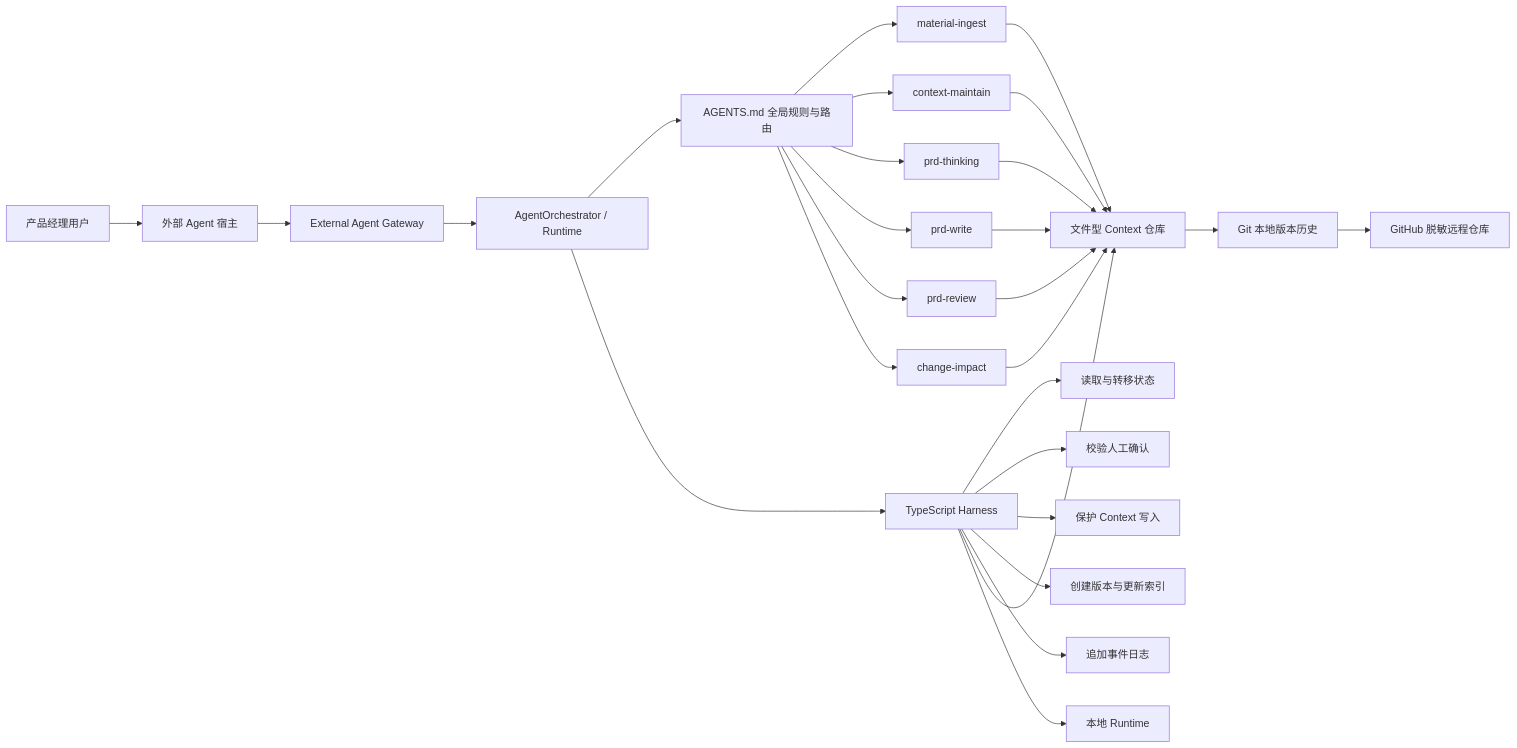
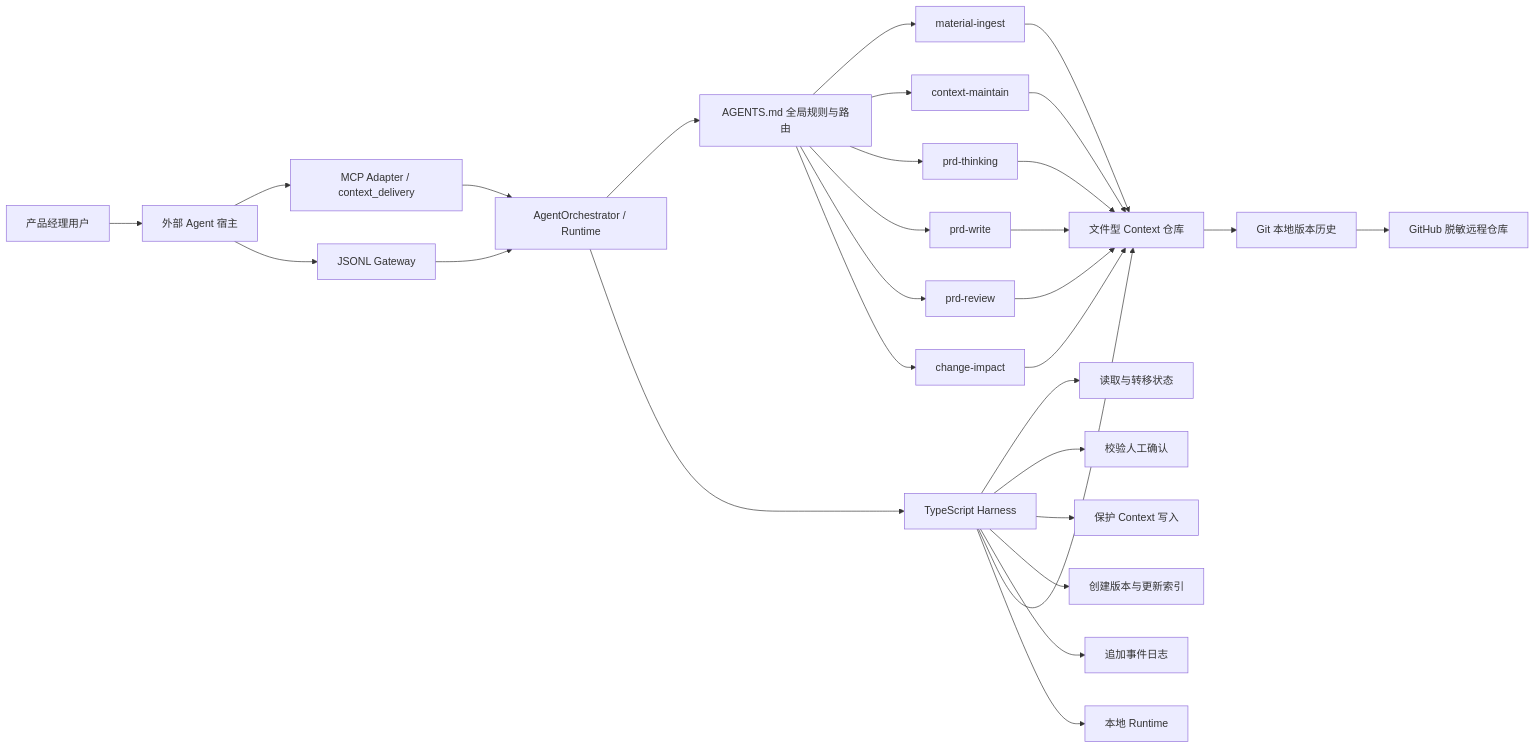
One commit to Koianna/context-delivery-agent changed the diagram in docs/05-项目骨架与技术架构.md. Above: the diagram before and after it, drawn with Mermaid. The commit also changed other lines of this file and 15 other files, not shown here.

First line of the commit message:
feat(mcp): 支持外部 Agent 通过 MCP context_delivery 自然语言交互

````diff
--- a/docs/05-项目骨架与技术架构.md
+++ b/docs/05-项目骨架与技术架构.md
@@ -24,33 +24,35 @@
 ```mermaid
 flowchart LR
     U["产品经理用户"] --> EA["外部 Agent 宿主"]
-    EA --> GW["External Agent Gateway"]
-    GW --> A["AgentOrchestrator / Runtime"]
+    EA --> MCP["MCP Adapter / context_delivery"]
+    EA --> GW["JSONL Gateway"]
+    MCP --> A["AgentOrchestrator / Runtime"]
+    GW --> A
     A --> G["AGENTS.md 全局规则与路由"]
 
     G --> S1["material-ingest"]
     G --> S2["context-maintain"]
     G --> S3["prd-thinking"]
     G --> S4["prd-write"]
     G --> S5["prd-review"]
     G --> S6["change-impact"]
 
     A --> H["TypeScript Harness"]
     H --> H1["读取与转移状态"]
     H --> H2["校验人工确认"]
     H --> H3["保护 Context 写入"]
     H --> H4["创建版本与更新索引"]
     H --> H5["追加事件日志"]
 
     S1 --> C["文件型 Context 仓库"]
     S2 --> C
     S3 --> C
     S4 --> C
     S5 --> C
     S6 --> C
 
     H --> C
     H --> T["本地 Runtime"]
     C --> V["Git 本地版本历史"]
     V --> GH["GitHub 脱敏远程仓库"]
 ```
````
